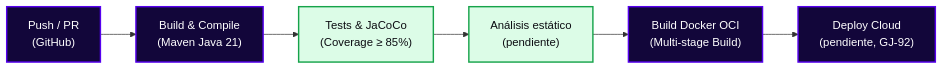
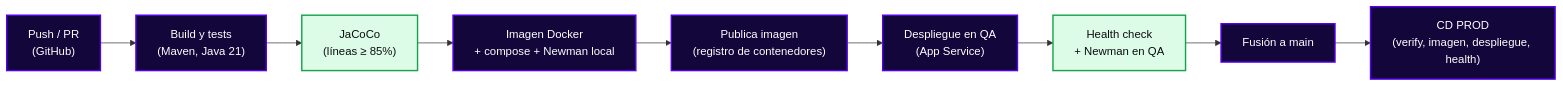
The diagram in docs/readme/10-ci-cd.md (StyleRadar1/GJ-Notification-Service), drawn with Mermaid before and after one commit. The commit also changed other lines of this file and 18 other files, not shown here.

````diff
--- a/docs/readme/10-ci-cd.md
+++ b/docs/readme/10-ci-cd.md
@@ -18,14 +18,17 @@
 ```mermaid
 flowchart LR
-    A["Push / PR<br>(GitHub)"] --> B["Build & Compile<br>(Maven Java 21)"]
-    B --> C["Tests & JaCoCo<br>(Coverage ≥ 85%)"]
-    C --> D["Análisis estático<br>(pendiente)"]
-    D --> E["Build Docker OCI<br>(Multi-stage Build)"]
-    E --> F["Deploy Cloud<br>(pendiente, GJ-92)"]
+    A["Push / PR<br>(GitHub)"] --> B["Build y tests<br>(Maven, Java 21)"]
+    B --> C["JaCoCo<br>(líneas ≥ 85%)"]
+    C --> D["Imagen Docker<br>+ compose + Newman local"]
+    D --> E["Publica imagen<br>(registro de contenedores)"]
+    E --> F["Despliegue en QA<br>(App Service)"]
+    F --> G["Health check<br>+ Newman en QA"]
+    G --> H["Fusión a main"]
+    H --> I["CD PROD<br>(verify, imagen, despliegue, health)"]
 
     classDef step fill:#12063A,stroke:#5600EF,stroke-width:2px,color:#FFFFFF;
     classDef pass fill:#DCFCE7,stroke:#16A34A,stroke-width:2px,color:#0C0C12;
 
-    class A,B,E,F step;
-    class C,D pass;
+    class A,B,D,E,F,H,I step;
+    class C,G pass;
 ```
````
